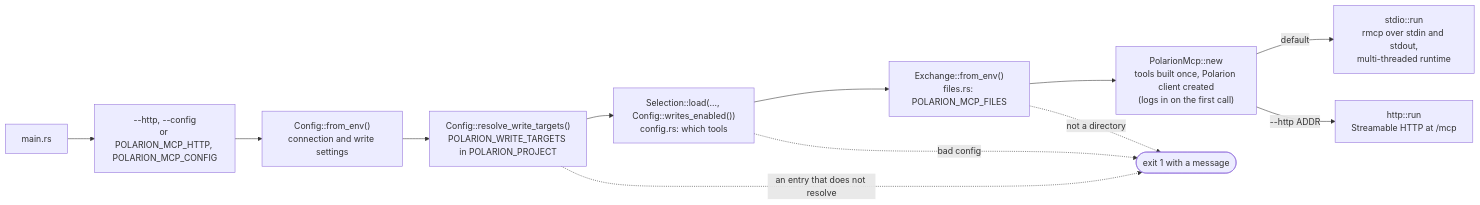
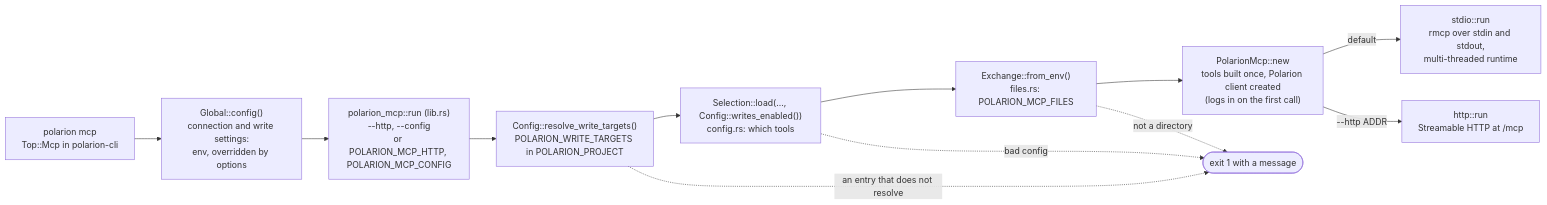
Before and after one commit to KevinGliewe/Polarion-rs: the second of 7 diagrams in docs/front-ends.md, drawn with Mermaid. The commit also changed other lines of this file and 40 other files, not shown here.

First line of the commit message:
One binary: the MCP server is `polarion mcp`; releases ship bare executables

````diff
--- a/docs/front-ends.md
+++ b/docs/front-ends.md
@@ -60,14 +67,15 @@
 ```mermaid
 flowchart LR
-    main["main.rs"] --> args["--http, --config<br/>or POLARION_MCP_HTTP, POLARION_MCP_CONFIG"]
-    args --> cfg["Config::from_env()<br/>connection and write settings"]
-    cfg --> wt["Config::resolve_write_targets()<br/>POLARION_WRITE_TARGETS in POLARION_PROJECT"]
+    main["polarion mcp<br/>Top::Mcp in polarion-cli"] --> cfg["Global::config()<br/>connection and write settings:<br/>env, overridden by options"]
+    cfg --> args["polarion_mcp::run (lib.rs)<br/>--http, --config<br/>or POLARION_MCP_HTTP, POLARION_MCP_CONFIG"]
+    args --> wt
+    wt["Config::resolve_write_targets()<br/>POLARION_WRITE_TARGETS in POLARION_PROJECT"]
     wt --> sel["Selection::load(…, Config::writes_enabled())<br/>config.rs: which tools"]
     sel --> ex["Exchange::from_env()<br/>files.rs: POLARION_MCP_FILES"]
     ex --> new["PolarionMcp::new<br/>tools built once, Polarion client created<br/>(logs in on the first call)"]
     new -- "default" --> stdio["stdio::run<br/>rmcp over stdin and stdout,<br/>multi-threaded runtime"]
     new -- "--http ADDR" --> http["http::run<br/>Streamable HTTP at /mcp"]
     sel -. "bad config" .-> exit(["exit 1 with a message"])
     ex -. "not a directory" .-> exit
     wt -. "an entry that does not resolve" .-> exit
 ```
````
